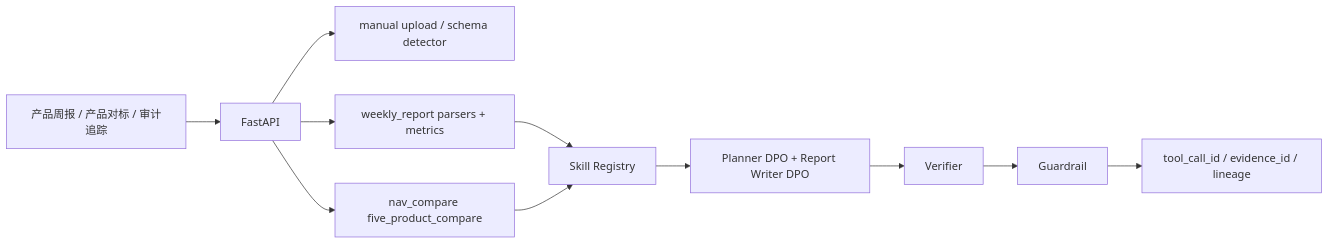
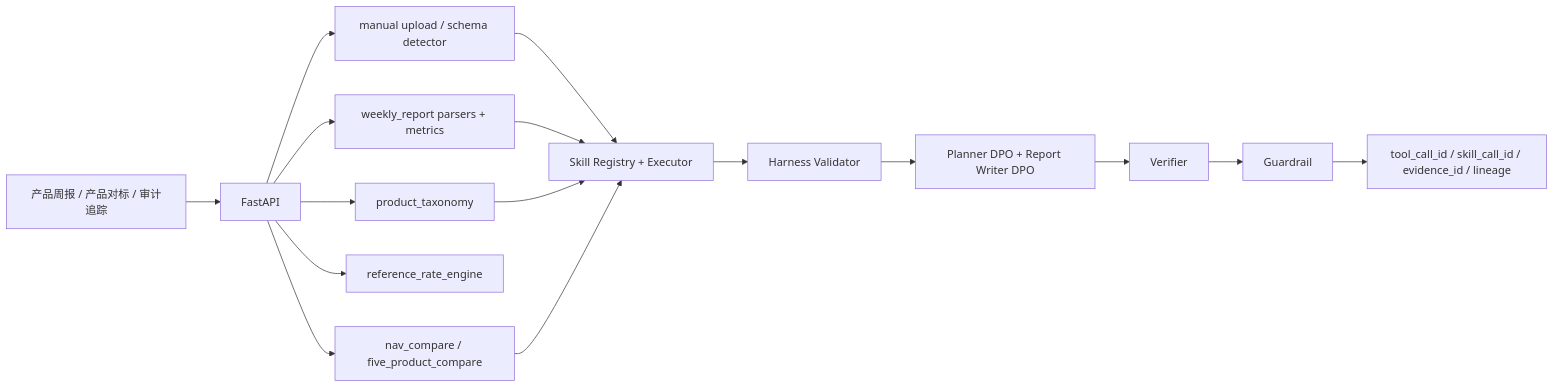
The second of 2 diagrams in README.md (cxy-peter/Wealth-management-Agent), drawn with Mermaid before and after one commit. The commit also changed other lines of this file and 57 other files, not shown here.

````diff
--- a/README.md
+++ b/README.md
@@ -63,13 +174,18 @@
 ```mermaid
 flowchart LR
   UI["产品周报 / 产品对标 / 审计追踪"] --> API["FastAPI"]
   API --> Upload["manual upload / schema detector"]
   API --> Weekly["weekly_report parsers + metrics"]
-  API --> Compare["nav_compare five_product_compare"]
-  Weekly --> Skills["Skill Registry"]
+  API --> Taxonomy["product_taxonomy"]
+  API --> RefRate["reference_rate_engine"]
+  API --> Compare["nav_compare / five_product_compare"]
+  Upload --> Skills["Skill Registry + Executor"]
+  Weekly --> Skills
+  Taxonomy --> Skills
   Compare --> Skills
-  Skills --> DPO["Planner DPO + Report Writer DPO"]
+  Skills --> Harness["Harness Validator"]
+  Harness --> DPO["Planner DPO + Report Writer DPO"]
   DPO --> Verifier["Verifier"]
   Verifier --> Guardrail["Guardrail"]
-  Guardrail --> Trace["tool_call_id / evidence_id / lineage"]
+  Guardrail --> Trace["tool_call_id / skill_call_id / evidence_id / lineage"]
 ```
````
